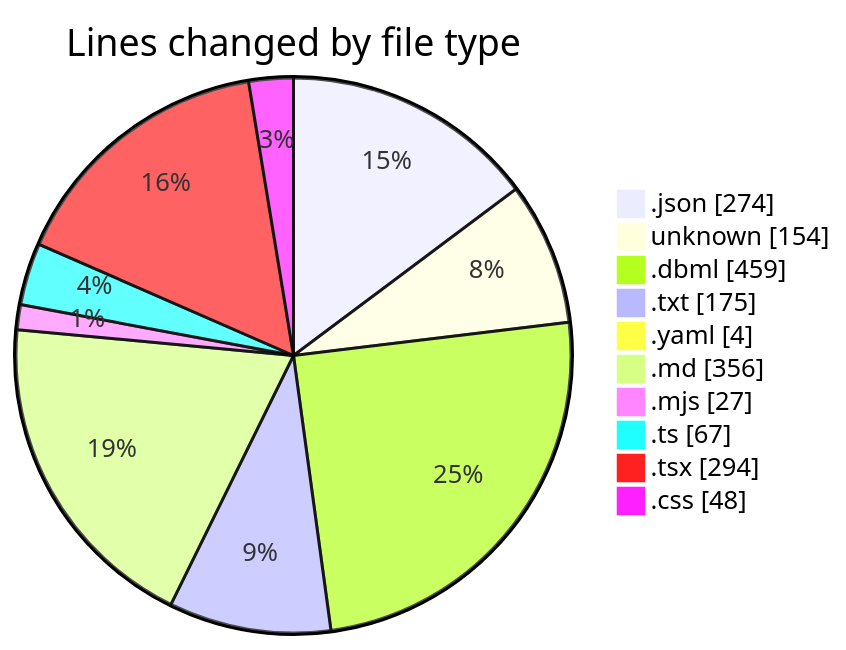
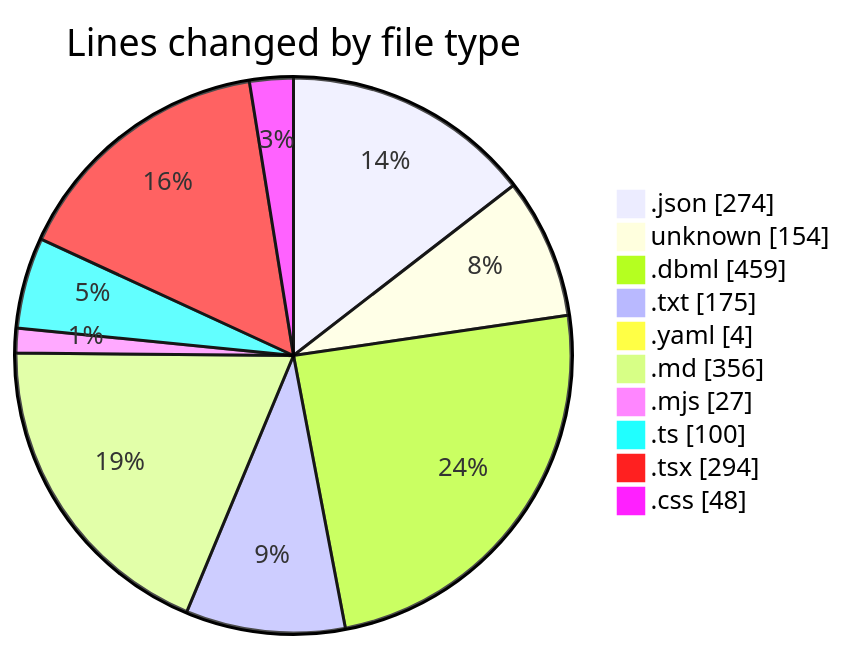
One commit to mevix1/code-tracking changed the first of 2 diagrams in 2025-10-02/oura-api/README.md. Above: the diagram before and after it, drawn with Mermaid. The commit also changed other lines of this file and 1 other file, not shown here.

````diff
--- a/2025-10-02/oura-api/README.md
+++ b/2025-10-02/oura-api/README.md
@@ -46,14 +47,14 @@
 ```mermaid
 pie showData
 title Lines changed by file type
 ".json" : 274
 "unknown" : 154
 ".dbml" : 459
 ".txt" : 175
 ".yaml" : 4
 ".md" : 356
 ".mjs" : 27
-".ts" : 67
+".ts" : 100
 ".tsx" : 294
 ".css" : 48
 ```
````
